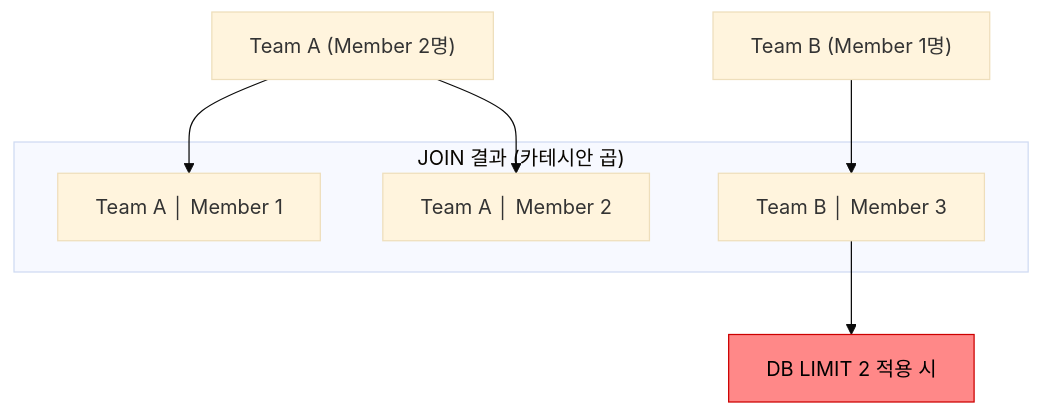
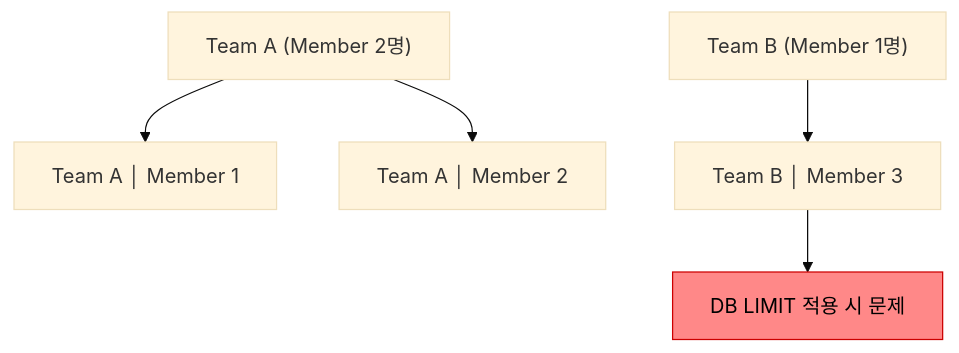
The second of 6 diagrams in _posts/jpa/2026-05-01-jpa-n-plus-1.md (yjkim2015/yjkim2015.github.io), drawn with Mermaid (base theme) before and after one commit. The commit also changed other lines of this file and 155 other files, not shown here.

First line of the commit message:
Mermaid 전면 수정: subgraph 제거, participant/노드/줄수 축소 (342블록)

````diff
--- a/_posts/jpa/2026-05-01-jpa-n-plus-1.md
+++ b/_posts/jpa/2026-05-01-jpa-n-plus-1.md
@@ -194,14 +194,12 @@
 ```mermaid
 graph TD
     TA["Team A (Member 2명)"]
     TB["Team B (Member 1명)"]
-    subgraph JOIN["JOIN 결과 (카테시안 곱)"]
-        J1["Team A │ Member 1"]
-        J2["Team A │ Member 2"]
-        J3["Team B │ Member 3"]
-    end
+    J1["Team A │ Member 1"]
+    J2["Team A │ Member 2"]
+    J3["Team B │ Member 3"]
     TA --> J1 & J2
     TB --> J3
-    J3 --> WARN["DB LIMIT 2 적용 시"]
+    J3 --> WARN["DB LIMIT 적용 시 문제"]
     style WARN fill:#f88,stroke:#c00,color:#000
 ```
````
